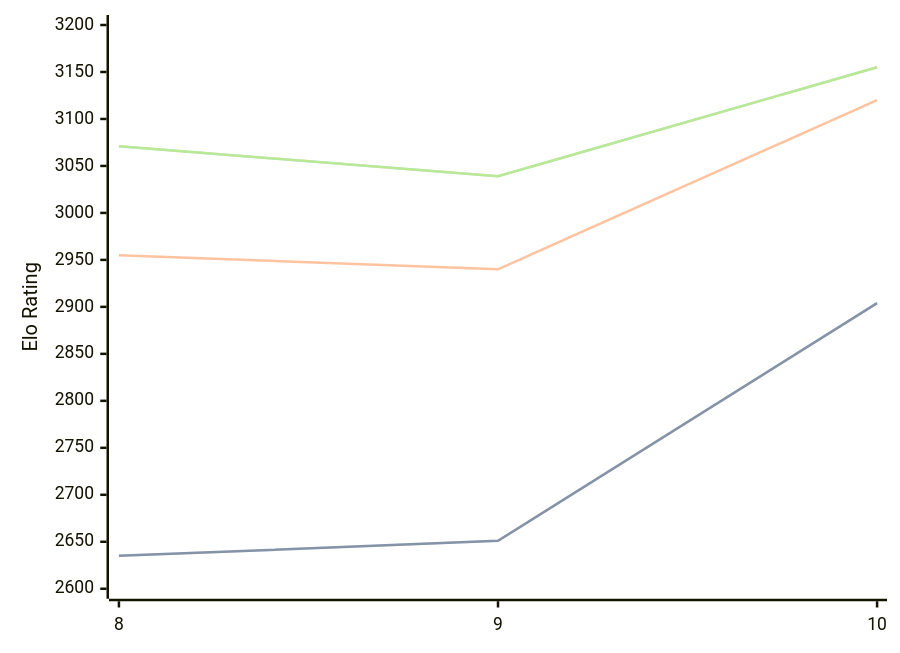
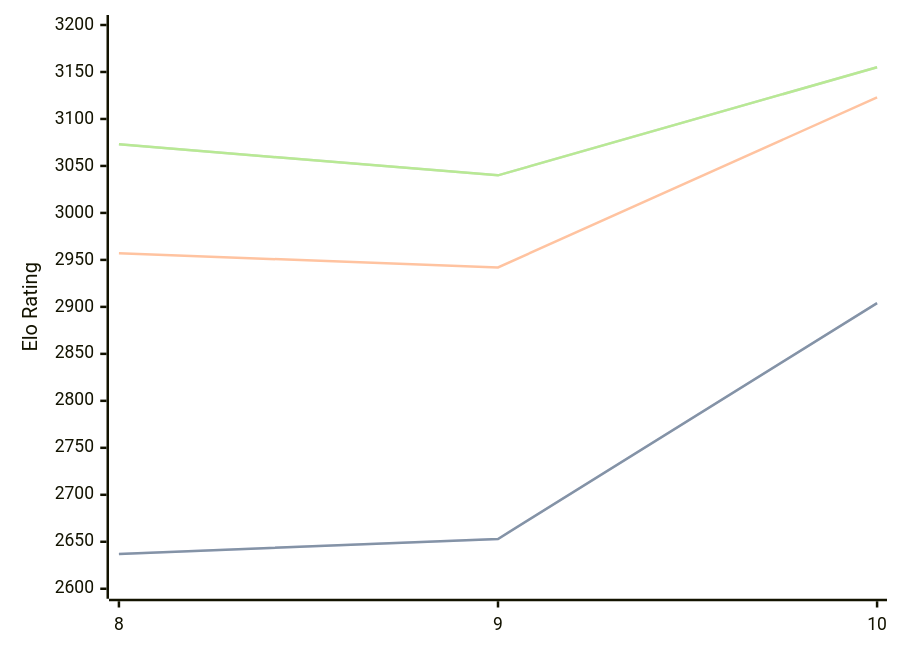
The diagram in engines/Lozza.md (computer-chess-index/cci), drawn with Mermaid before and after one commit. The commit also changed other lines of this file, not shown here.

Commit message:
Update CCI Ratings (ELO VLTC) - 2026-04-19

````diff
--- a/engines/Lozza.md
+++ b/engines/Lozza.md
@@ -41,11 +41,11 @@
 ```mermaid
 %%{init: {"theme":"base","themeVariables":{"seriesColors:['#a3a3a3','#222221','#faa371']}}}%%
 xychart-beta
   x-axis ["8", "9", "10"]
   y-axis "Elo Rating" 2600 --> 3200
-  line "STC (8.0+0.08s)" [2635, 2651, 2904]
-  line "STC (8.0+0.08s)" [2635, 2651, 2904]
-  line "LTC (60.0+0.60s)" [2955, 2940, 3120]
-  line "VLTC (2m24s+1.12s)" [3071, 3039, 3155]
-  line "VLTC (2m24s+1.12s)" [3071, 3039, 3155]
+  line "STC (8.0+0.08s)" [2637, 2653, 2904]
+  line "STC (8.0+0.08s)" [2637, 2653, 2904]
+  line "LTC (60.0+0.60s)" [2957, 2942, 3123]
+  line "VLTC (2m24s+1.12s)" [3073, 3040, 3155]
+  line "VLTC (2m24s+1.12s)" [3073, 3040, 3155]
 ```
````
